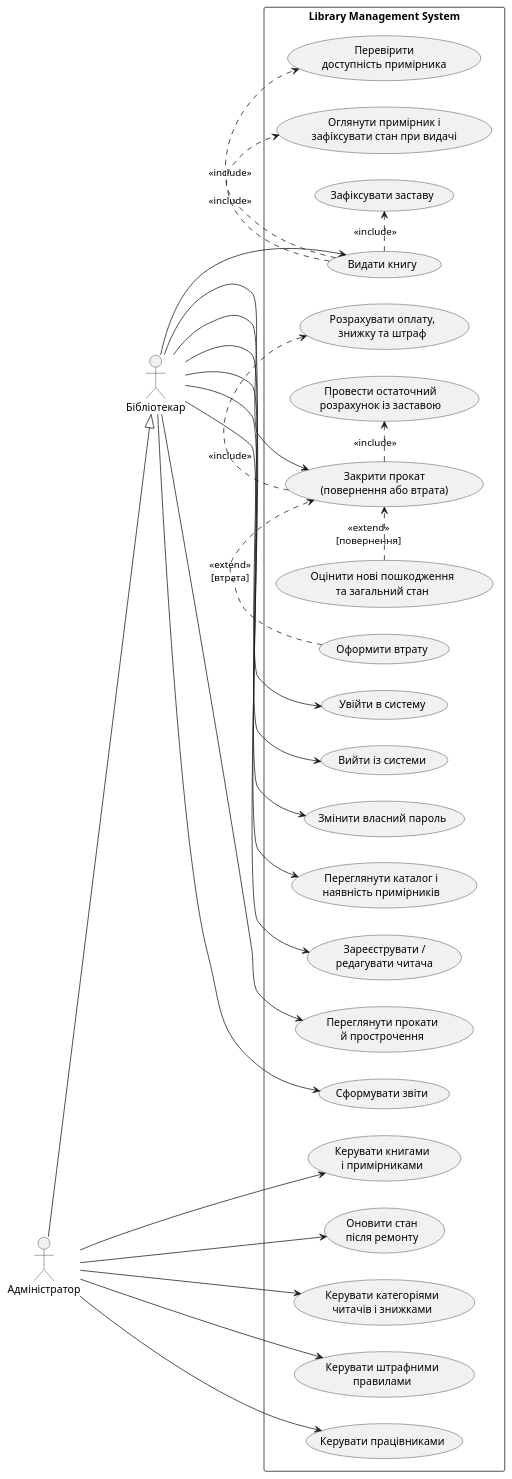
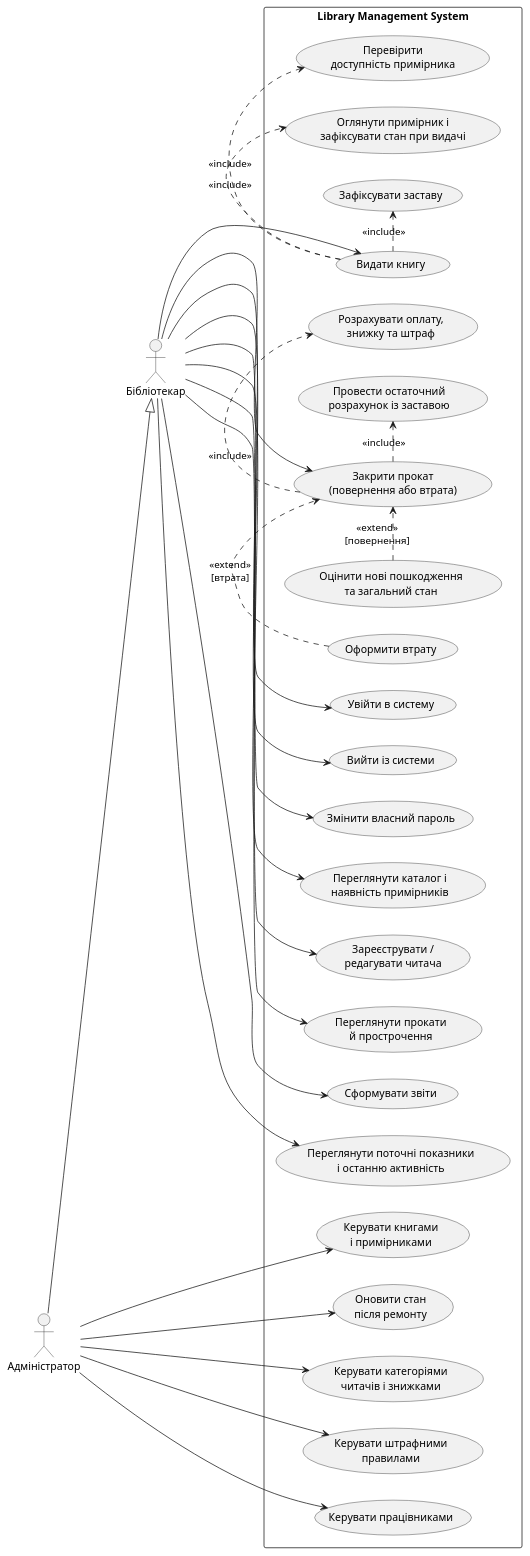
Before and after one commit to RomanNovachok/library-management-system: the diagram in docs/diagrams/use-case.puml, drawn with PlantUML. The commit also changed 40 other files, not shown here.

```diff
--- a/docs/diagrams/use-case.puml
+++ b/docs/diagrams/use-case.puml
@@ -1,52 +1,54 @@
 @startuml
 left to right direction
 skinparam packageStyle rectangle
 skinparam shadowing false
 actor "Бібліотекар" as Librarian
 actor "Адміністратор" as Admin
 Admin --|> Librarian
 rectangle "Library Management System" {
   usecase "Увійти в систему" as Login
   usecase "Вийти із системи" as Logout
   usecase "Змінити власний пароль" as ChangePassword
   usecase "Переглянути каталог і\nнаявність примірників" as Catalog
   usecase "Зареєструвати /\nредагувати читача" as Readers
   usecase "Видати книгу" as Issue
   usecase "Перевірити\nдоступність примірника" as Availability
   usecase "Оглянути примірник і\nзафіксувати стан при видачі" as InspectIssue
   usecase "Зафіксувати заставу" as Deposit
   usecase "Закрити прокат\n(повернення або втрата)" as Close
   usecase "Розрахувати оплату,\nзнижку та штраф" as Calculate
   usecase "Оцінити нові пошкодження\nта загальний стан" as AssessReturn
   usecase "Оформити втрату" as MarkLost
   usecase "Провести остаточний\nрозрахунок із заставою" as Settle
   usecase "Переглянути прокати\nй прострочення" as Rentals
   usecase "Сформувати звіти" as Reports
+  usecase "Переглянути поточні показники\nі останню активність" as Dashboard
   usecase "Керувати книгами\nі примірниками" as ManageBooks
   usecase "Оновити стан\nпісля ремонту" as Repair
   usecase "Керувати категоріями\nчитачів і знижками" as ManageCategories
   usecase "Керувати штрафними\nправилами" as ManageFines
   usecase "Керувати працівниками" as Staff
 }
 Librarian --> Login
 Librarian --> Logout
 Librarian --> ChangePassword
 Librarian --> Catalog
 Librarian --> Readers
 Librarian --> Issue
 Librarian --> Close
 Librarian --> Rentals
 Librarian --> Reports
+Librarian --> Dashboard
 Admin --> ManageBooks
 Admin --> Repair
 Admin --> ManageCategories
 Admin --> ManageFines
 Admin --> Staff
 Issue .> Availability : <<include>>
 Issue .> InspectIssue : <<include>>
 Issue .> Deposit : <<include>>
 Close .> Calculate : <<include>>
 Close .> Settle : <<include>>
 AssessReturn .> Close : <<extend>>\n[повернення]
 MarkLost .> Close : <<extend>>\n[втрата]
 @enduml
```
